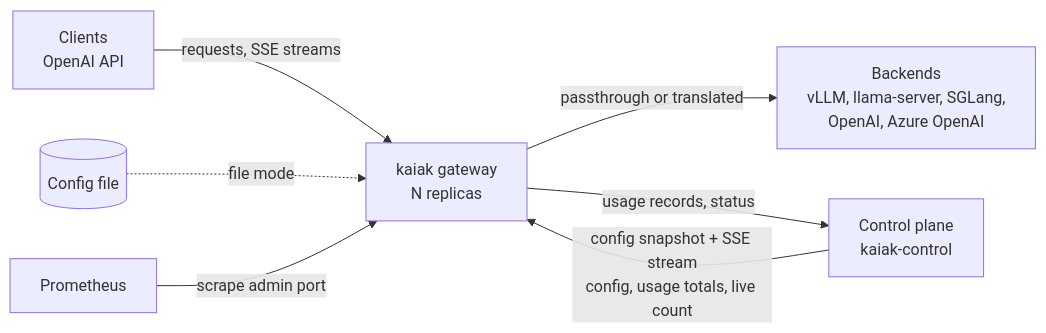
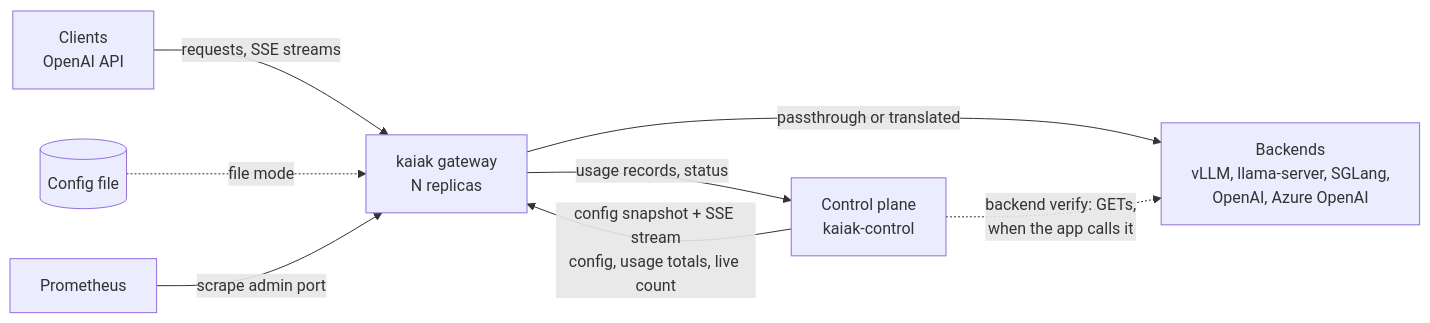
One commit to acdtrx/kaiak changed the first of 3 diagrams in docs/ARCHITECTURE.md. Above: the diagram before and after it, drawn with Mermaid. The commit also changed other lines of this file and 6 other files, not shown here.

First line of the commit message:
feat(kaiak-control): verifyBackend — step 2

````diff
--- a/docs/ARCHITECTURE.md
+++ b/docs/ARCHITECTURE.md
@@ -23,9 +23,10 @@
 ```mermaid
 flowchart LR
     client[Clients<br/>OpenAI API] -->|requests, SSE streams| gw[kaiak gateway<br/>N replicas]
     gw -->|passthrough or translated| be[Backends<br/>vLLM, llama-server, SGLang,<br/>OpenAI, Azure OpenAI]
     cp[Control plane<br/>kaiak-control] -->|config snapshot + SSE stream<br/>config, usage totals, live count| gw
     gw -->|usage records, status| cp
+    cp -.->|backend verify: GETs,<br/>when the app calls it| be
     file[(Config file)] -.->|file mode| gw
     prom[Prometheus] -->|scrape admin port| gw
 ```
````
